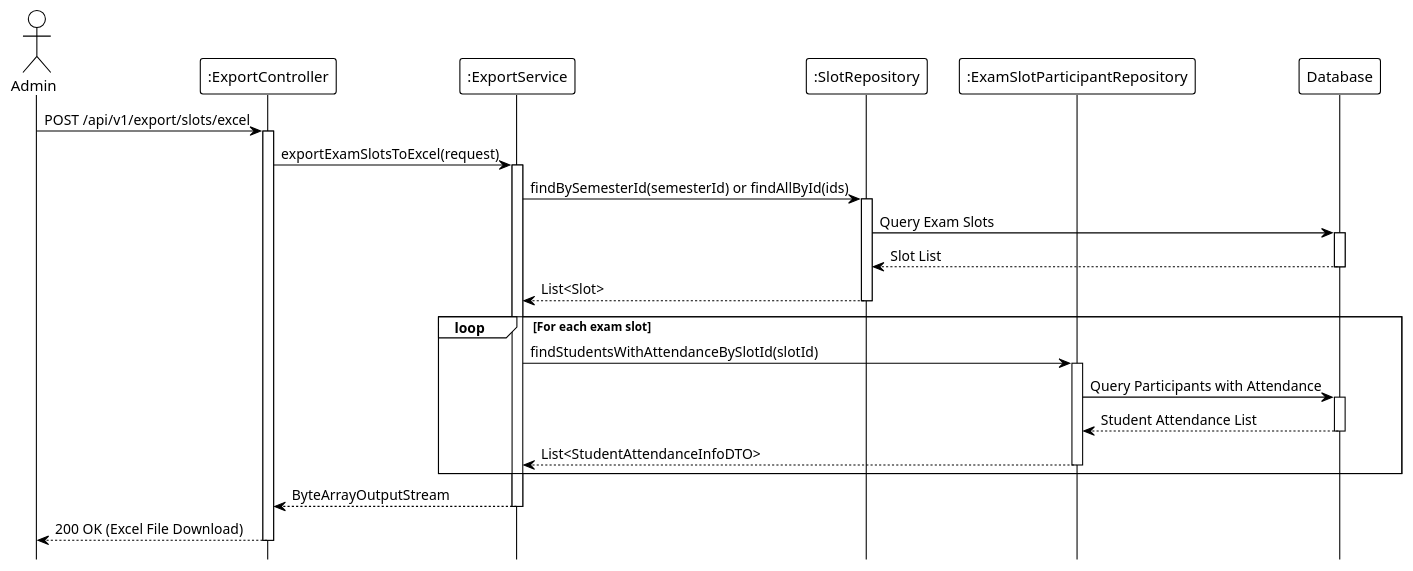
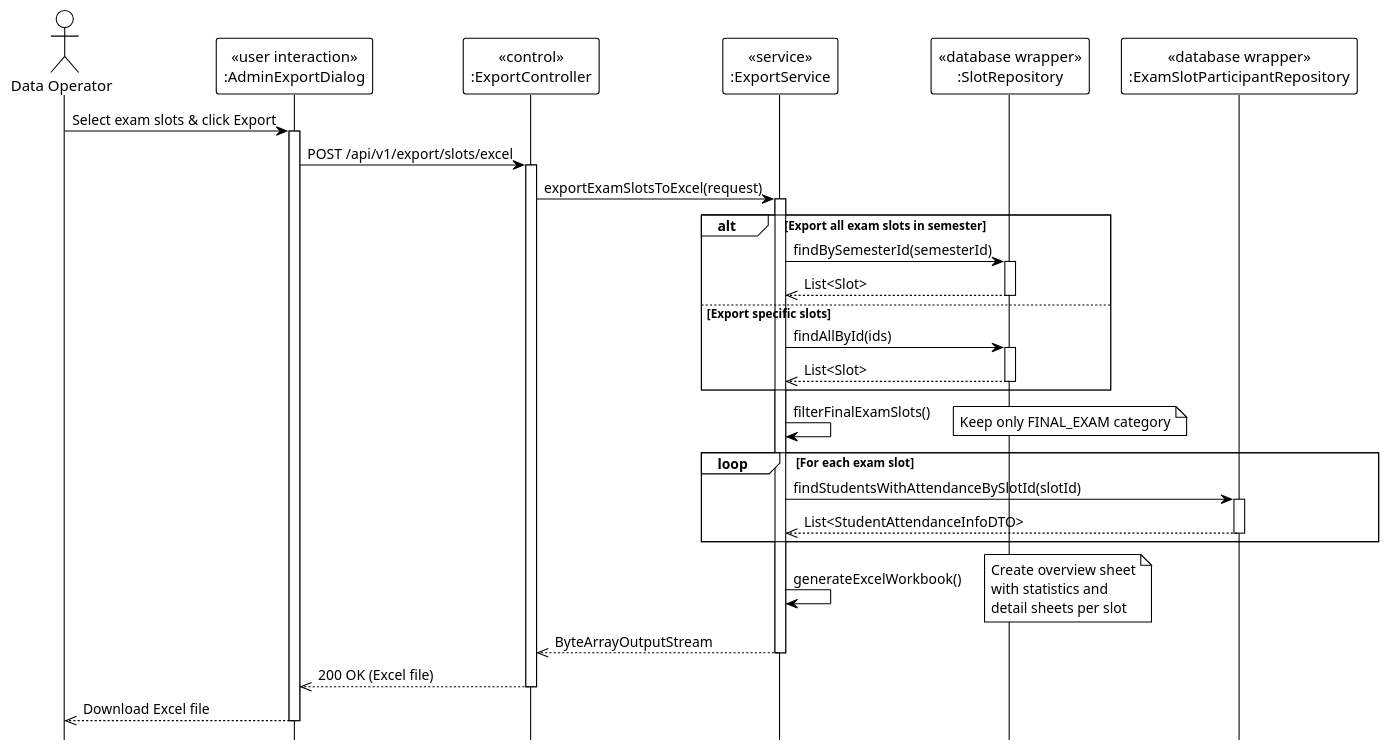
The diagram in system_detailed_design/78_export_exam_slots_report/sequence_diagram_export_exam_slots_report.puml (Ndh474/context), drawn with PlantUML before and after one commit. The commit also changed 13 other files, not shown here.

Commit message:
docs(system_detailed_design): add UML stereotypes to view and scanning sequence diagrams

```diff
--- a/system_detailed_design/78_export_exam_slots_report/sequence_diagram_export_exam_slots_report.puml
+++ b/system_detailed_design/78_export_exam_slots_report/sequence_diagram_export_exam_slots_report.puml
@@ -1,60 +1,59 @@
 @startuml export_exam_slots_report
 !theme plain
 hide footbox
 
-actor Admin
-participant ":ExportController" as Controller
-participant ":ExportService" as Service
-participant ":SlotRepository" as SlotRepo
-participant ":ExamSlotParticipantRepository" as ParticipantRepo
-participant "Database" as DB
+actor "Data Operator" as Admin
 
-' --- MAIN FLOW ---
-Admin -> Controller: POST /api/v1/export/slots/excel
+participant "«user interaction»\n:AdminExportDialog" as UI
+participant "«control»\n:ExportController" as Controller
+participant "«service»\n:ExportService" as Service
+participant "«database wrapper»\n:SlotRepository" as SlotRepo
+participant "«database wrapper»\n:ExamSlotParticipantRepository" as ParticipantRepo
+
+' === MAIN FLOW ===
+Admin -> UI: Select exam slots & click Export
+activate UI
+
+UI -> Controller: POST /api/v1/export/slots/excel
 activate Controller
 
 Controller -> Service: exportExamSlotsToExcel(request)
 activate Service
 
-' Get exam slots to export (internal: filter by semesterId, FINAL_EXAM category)
+' === GET EXAM SLOTS ===
+alt Export all exam slots in semester
+    Service -> SlotRepo: findBySemesterId(semesterId)
+    activate SlotRepo
+    SlotRepo -->> Service: List<Slot>
+    deactivate SlotRepo
+else Export specific slots
+    Service -> SlotRepo: findAllById(ids)
+    activate SlotRepo
+    SlotRepo -->> Service: List<Slot>
+    deactivate SlotRepo
+end
 
-Service -> SlotRepo: findBySemesterId(semesterId) or findAllById(ids)
-activate SlotRepo
+Service -> Service: filterFinalExamSlots()
+note right: Keep only FINAL_EXAM category
 
-SlotRepo -> DB: Query Exam Slots
-activate DB
-DB --> SlotRepo: Slot List
-deactivate DB
-
-SlotRepo --> Service: List<Slot>
-deactivate SlotRepo
-
-' Filter FINAL_EXAM slots (internal)
-
-' Generate Excel workbook (internal: create overview sheet with statistics)
-
-' --- FOR EACH EXAM SLOT ---
+' === BUILD ATTENDANCE DATA FOR EACH SLOT ===
 loop For each exam slot
     Service -> ParticipantRepo: findStudentsWithAttendanceBySlotId(slotId)
     activate ParticipantRepo
-    
-    ParticipantRepo -> DB: Query Participants with Attendance
-    activate DB
-    DB --> ParticipantRepo: Student Attendance List
-    deactivate DB
-    
-    ParticipantRepo --> Service: List<StudentAttendanceInfoDTO>
+    ParticipantRepo -->> Service: List<StudentAttendanceInfoDTO>
     deactivate ParticipantRepo
-    
-    ' Create detail sheet with student attendance (internal)
 end
 
-' Write workbook to output stream (internal)
+Service -> Service: generateExcelWorkbook()
+note right: Create overview sheet\nwith statistics and\ndetail sheets per slot
 
-Service --> Controller: ByteArrayOutputStream
+Service -->> Controller: ByteArrayOutputStream
 deactivate Service
 
-Controller --> Admin: 200 OK (Excel File Download)
+Controller -->> UI: 200 OK (Excel file)
 deactivate Controller
 
+UI -->> Admin: Download Excel file
+deactivate UI
+
 @enduml
```
